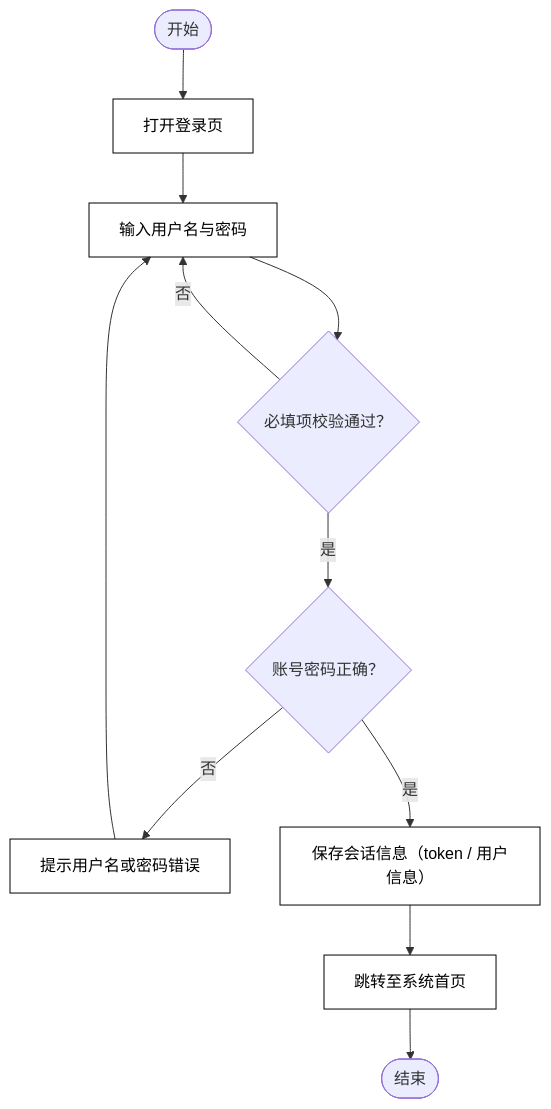
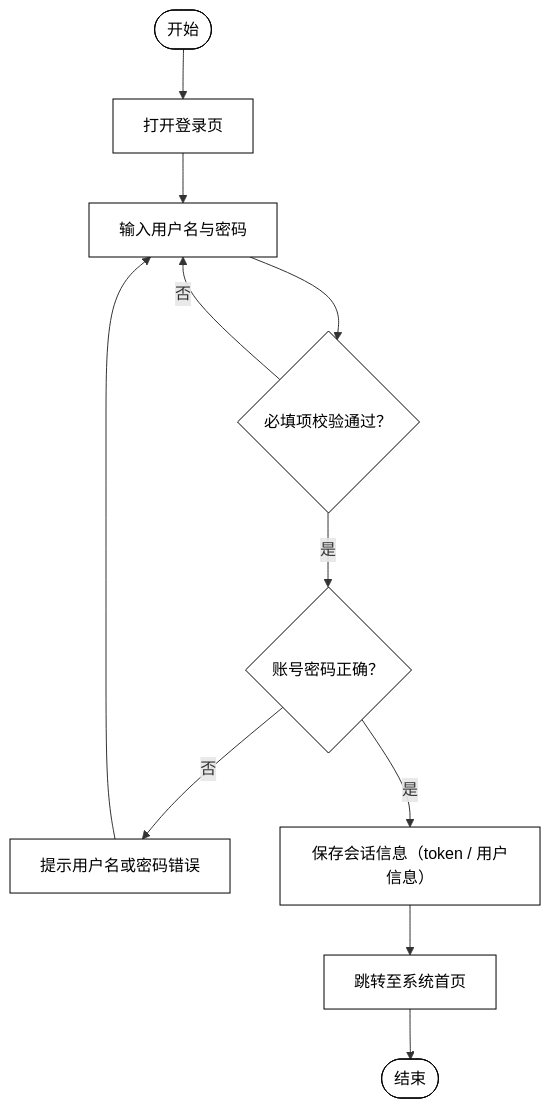
Before and after one commit to carl-Tu/campus-management: diagram 11 of 24 in docs/功能需求分析与用例图.md, drawn with Mermaid. The commit also changed other lines of this file, not shown here.

Commit message:
fix：图形统一白色背景黑色边框，样式覆盖全部节点

````diff
--- a/docs/功能需求分析与用例图.md
+++ b/docs/功能需求分析与用例图.md
@@ -422,16 +425,16 @@
 ```mermaid
 flowchart TD
   A(["开始"]) --> B["打开登录页"]
   B --> C["输入用户名与密码"]
   C --> D{"必填项校验通过？"}
   D -- 否 --> C
   D -- 是 --> E{"账号密码正确？"}
   E -- 否 --> F["提示用户名或密码错误"]
   F --> C
   E -- 是 --> G["保存会话信息（token / 用户信息）"]
   G --> H["跳转至系统首页"]
   H --> I(["结束"])
 
-  classDef box fill:none,stroke:#000000,stroke-width:1px,color:#000000
-  class B,C,F,G,H box
+  classDef box fill:#ffffff,stroke:#000000,stroke-width:1px,color:#000000
+  class A,B,C,D,E,F,G,H,I box
 ```
````
